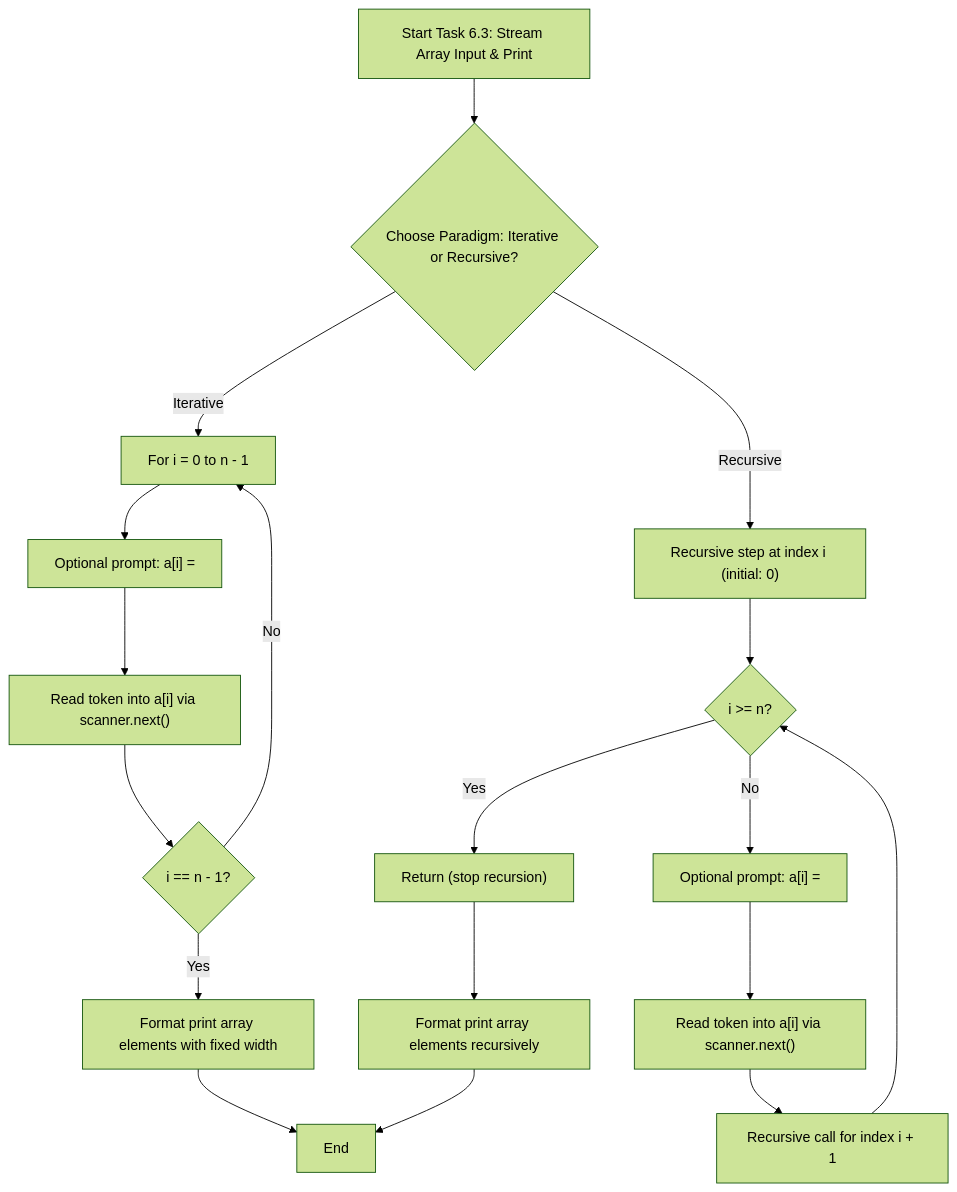
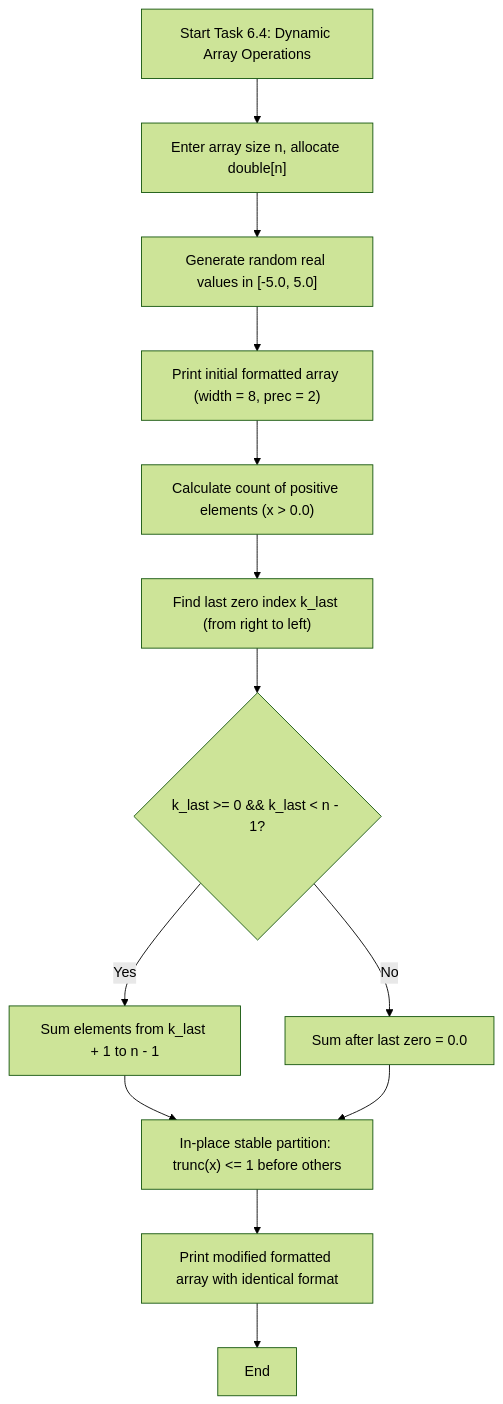
One commit to lviv-polytech/alg-java-labs changed the first of 3 diagrams in lb6/README.md. Above: the diagram before and after it, drawn with Mermaid (forest theme). The commit also changed other lines of this file and 3 other files, not shown here.

Commit message:
feat(lab-06): implement task 6.4 dynamic array analysis and stable partition

````diff
--- a/lb6/README.md
+++ b/lb6/README.md
@@ -47,23 +56,15 @@
 ```mermaid
 flowchart TD
-    Start["Start Task 6.3: Stream Array Input & Print"] --> ChooseMode{"Choose Paradigm: Iterative or Recursive?"}
-
-    ChooseMode -- "Iterative" --> ItLoop["For i = 0 to n - 1"]
-    ItLoop --> ItPrompt["Optional prompt: a[i] = "]
-    ItPrompt --> ItRead["Read token into a[i] via scanner.next()"]
-    ItRead --> ItCheck{"i == n - 1?"}
-    ItCheck -- "No" --> ItLoop
-    ItCheck -- "Yes" --> ItPrint["Format print array elements with fixed width"]
-
-    ChooseMode -- "Recursive" --> RecCall["Recursive step at index i (initial: 0)"]
-    RecCall --> BaseCase{"i >= n?"}
-    BaseCase -- "Yes" --> Terminate["Return (stop recursion)"]
-    BaseCase -- "No" --> RecPrompt["Optional prompt: a[i] = "]
-    RecPrompt --> RecRead["Read token into a[i] via scanner.next()"]
-    RecRead --> RecNext["Recursive call for index i + 1"]
-    RecNext --> BaseCase
-
-    ItPrint --> Finish["End"]
-    Terminate --> RecPrint["Format print array elements recursively"]
-    RecPrint --> Finish
+    Start["Start Task 6.4: Dynamic Array Operations"] --> InputSize["Enter array size n, allocate double[n]"]
+    InputSize --> InitArr["Generate random real values in [-5.0, 5.0]"]
+    InitArr --> PrintInit["Print initial formatted array (width = 8, prec = 2)"]
+    PrintInit --> CountPos["Calculate count of positive elements (x > 0.0)"]
+    CountPos --> FindZero["Find last zero index k_last (from right to left)"]
+    FindZero --> CheckZero{"k_last >= 0 && k_last < n - 1?"}
+    CheckZero -- "Yes" --> SumElements["Sum elements from k_last + 1 to n - 1"]
+    CheckZero -- "No" --> ZeroSum["Sum after last zero = 0.0"]
+    SumElements --> Partition["In-place stable partition: trunc(x) <= 1 before others"]
+    ZeroSum --> Partition
+    Partition --> PrintFinal["Print modified formatted array with identical format"]
+    PrintFinal --> Finish["End"]
 ```
````
